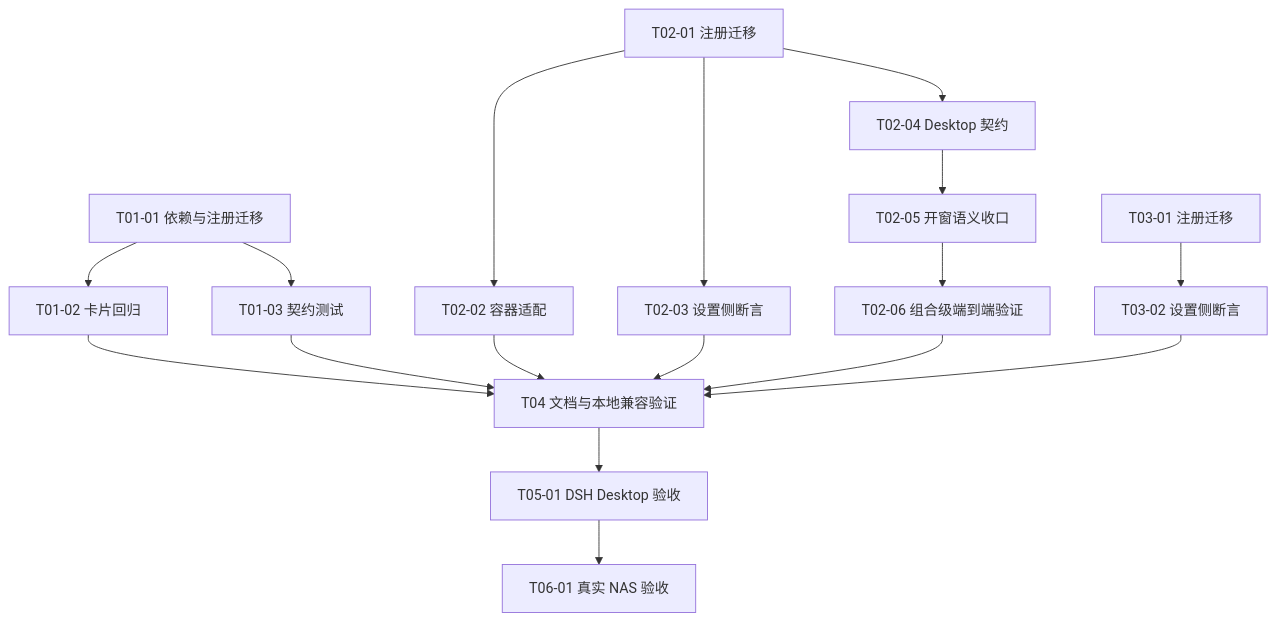
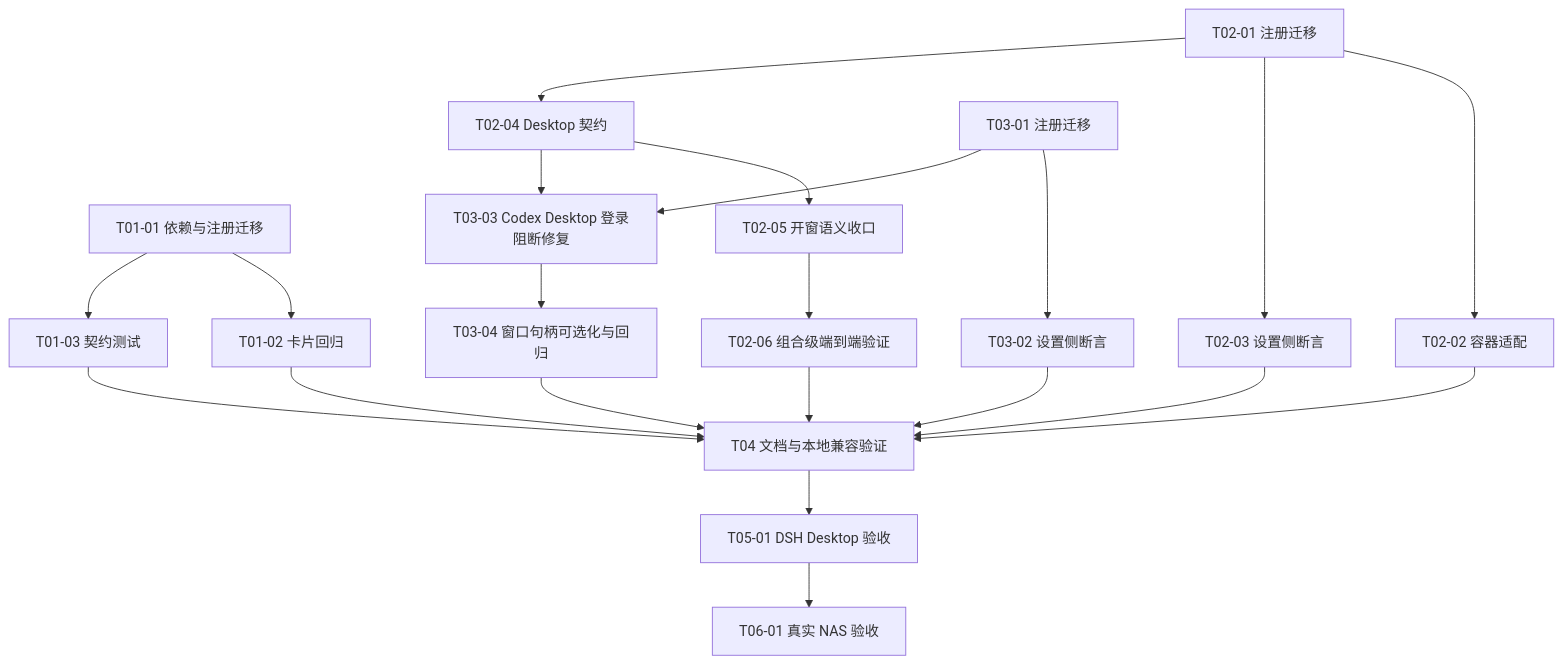
The third of 3 diagrams in docs/plans/PLAN-FNOS-008-plugin-config-in-plugin-manager.md (FNOSP/fnos-dsh), drawn with Mermaid before and after one commit. The commit also changed other lines of this file and 10 other files, not shown here.

First line of the commit message:
fix(fnos-008): unblock Codex sign-in on DSH Desktop

````diff
--- a/docs/plans/PLAN-FNOS-008-plugin-config-in-plugin-manager.md
+++ b/docs/plans/PLAN-FNOS-008-plugin-config-in-plugin-manager.md
@@ -206,19 +225,23 @@
 ```mermaid
 flowchart TD
     T01a[T01-01 依赖与注册迁移] --> T01b[T01-02 卡片回归]
     T01a --> T01c[T01-03 契约测试]
     T02a[T02-01 注册迁移] --> T02b[T02-02 容器适配]
     T02a --> T02c[T02-03 设置侧断言]
     T02a --> T02d[T02-04 Desktop 契约]
     T02d --> T02e[T02-05 开窗语义收口]
     T02e --> T02f[T02-06 组合级端到端验证]
     T03a[T03-01 注册迁移] --> T03b[T03-02 设置侧断言]
+    T03a --> T03c[T03-03 Codex Desktop 登录阻断修复]
+    T02d --> T03c
+    T03c --> T03d[T03-04 窗口句柄可选化与回归]
     T01b --> T04[T04 文档与本地兼容验证]
     T01c --> T04
     T02b --> T04
     T02c --> T04
     T02f --> T04
     T03b --> T04
+    T03d --> T04
     T04 --> T05[T05-01 DSH Desktop 验收]
     T05 --> T06[T06-01 真实 NAS 验收]
 ```
````
